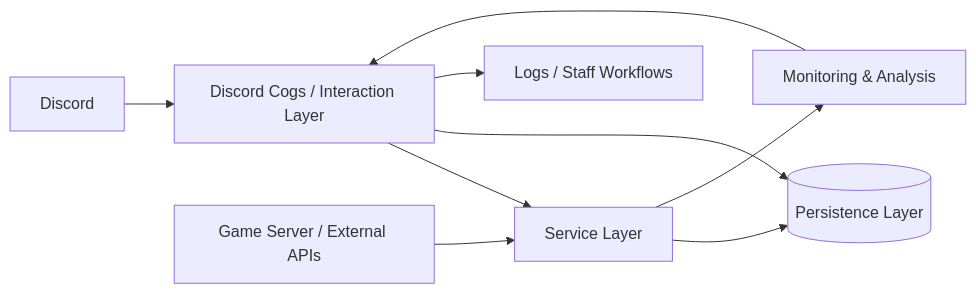
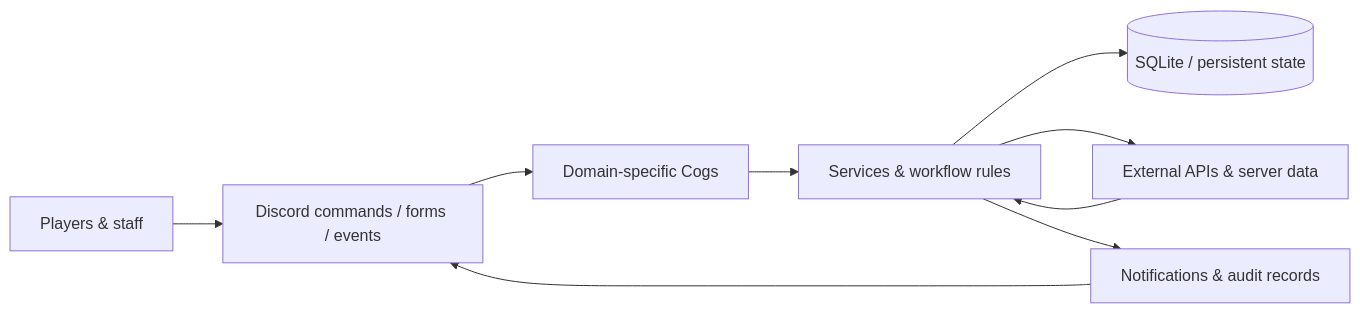
The diagram in README.md (Scumbagsss/BOT), drawn with Mermaid before and after one commit. The commit also changed other lines of this file, not shown here.

````diff
--- a/README.md
+++ b/README.md
@@ -34,11 +34,11 @@
 ```mermaid
 flowchart LR
-    D[Discord] --> C[Discord Cogs / Interaction Layer]
-    G[Game Server / External APIs] --> S[Service Layer]
-    C --> S
-    C --> DB[(Persistence Layer)]
-    S --> DB
-    S --> A[Monitoring & Analysis]
-    A --> C
-    C --> L[Logs / Staff Workflows]
+    U[Players & staff] --> I[Discord commands / forms / events]
+    I --> C[Domain-specific Cogs]
+    C --> S[Services & workflow rules]
+    S --> P[(SQLite / persistent state)]
+    S --> E[External APIs & server data]
+    E --> S
+    S --> A[Notifications & audit records]
+    A --> I
 ```
````
